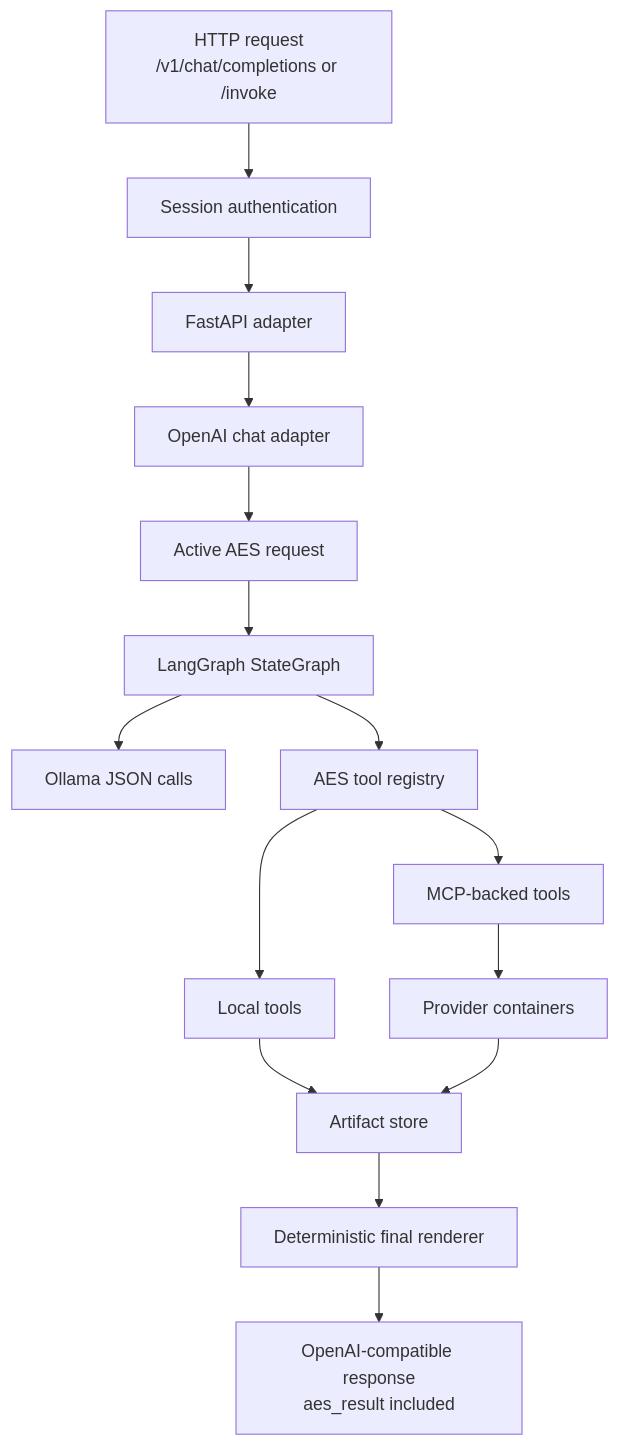
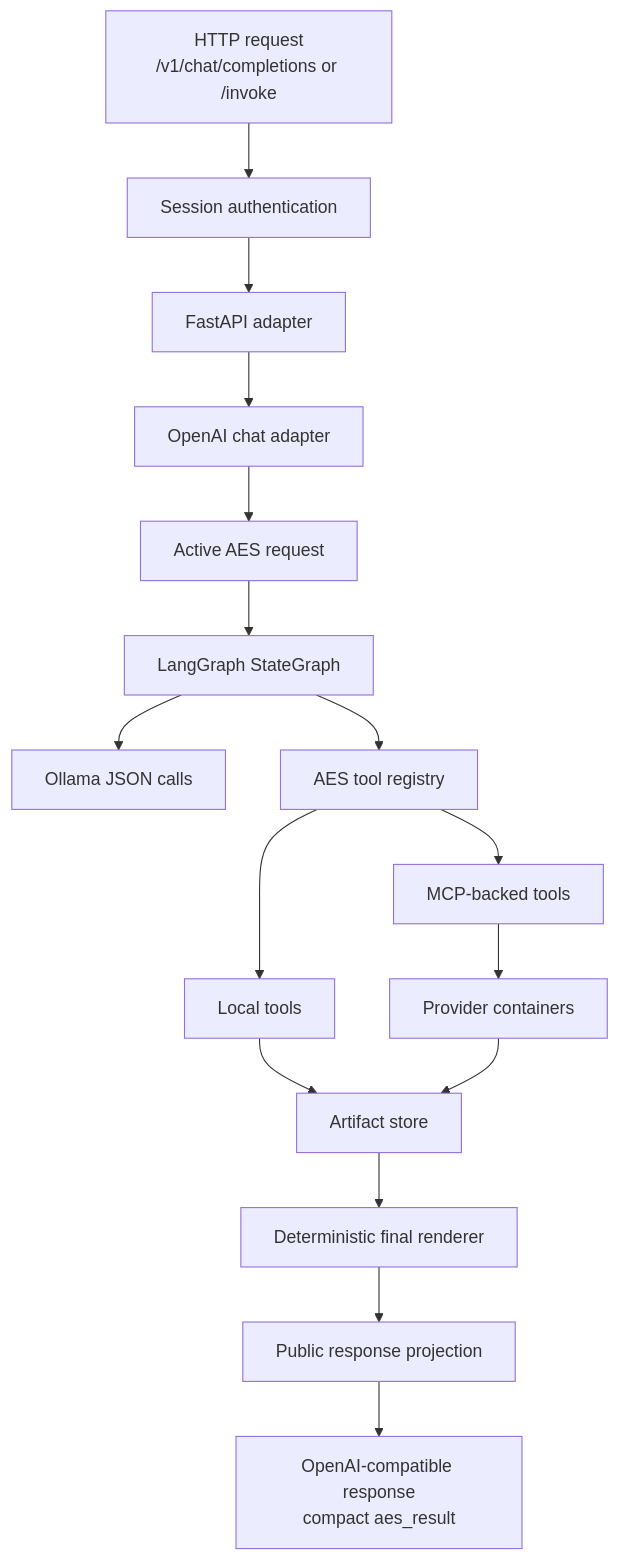
Before and after one commit to RadmirG/AES: the first of 7 diagrams in langgraph/architecture.md, drawn with Mermaid. The commit also changed other lines of this file and 7 other files, not shown here.

Commit message:
A bounded public aes_result projection

````diff
--- a/langgraph/architecture.md
+++ b/langgraph/architecture.md
@@ -8,17 +8,18 @@
 ```mermaid
 flowchart TD
     A["HTTP request<br/>/v1/chat/completions or /invoke"] --> AUTH["Session authentication"]
     AUTH --> B["FastAPI adapter"]
     B --> C["OpenAI chat adapter"]
     C --> D["Active AES request"]
     D --> E["LangGraph StateGraph"]
     E --> F["Ollama JSON calls"]
     E --> G["AES tool registry"]
     G --> H["MCP-backed tools"]
     G --> I["Local tools"]
     H --> J["Provider containers"]
     I --> K["Artifact store"]
     J --> K
     K --> L["Deterministic final renderer"]
-    L --> M["OpenAI-compatible response<br/>aes_result included"]
+    L --> P["Public response projection"]
+    P --> M["OpenAI-compatible response<br/>compact aes_result"]
 ```
````
